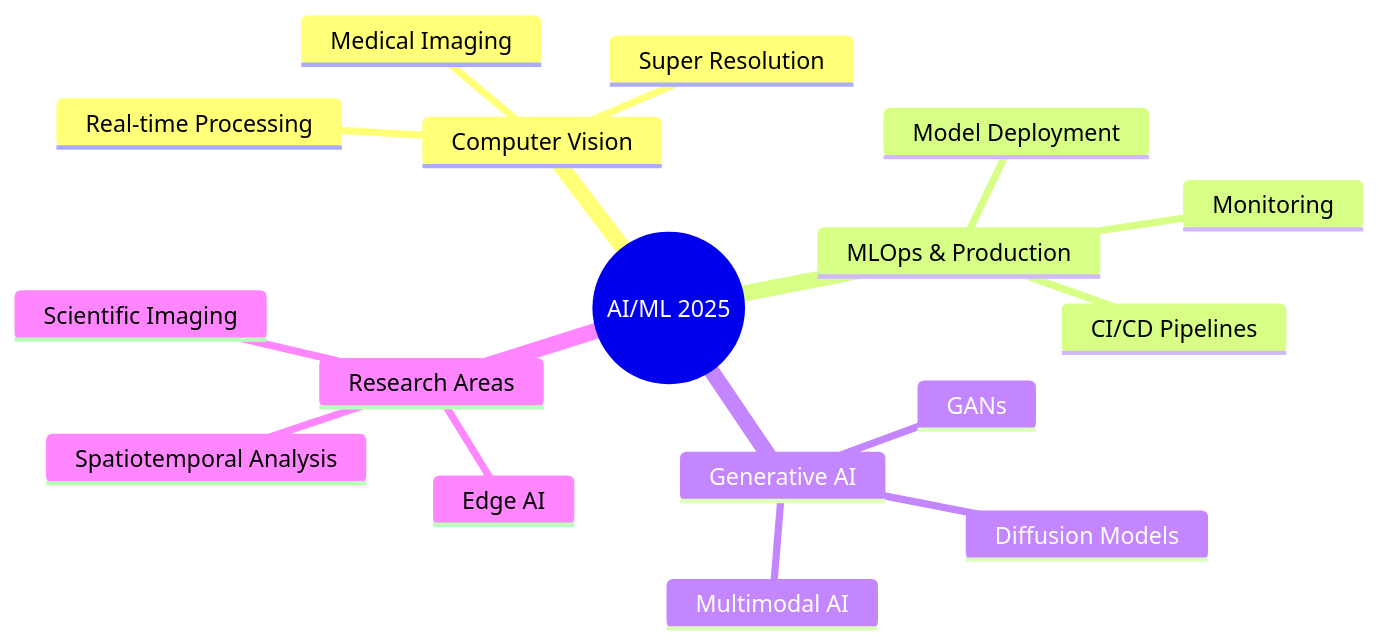
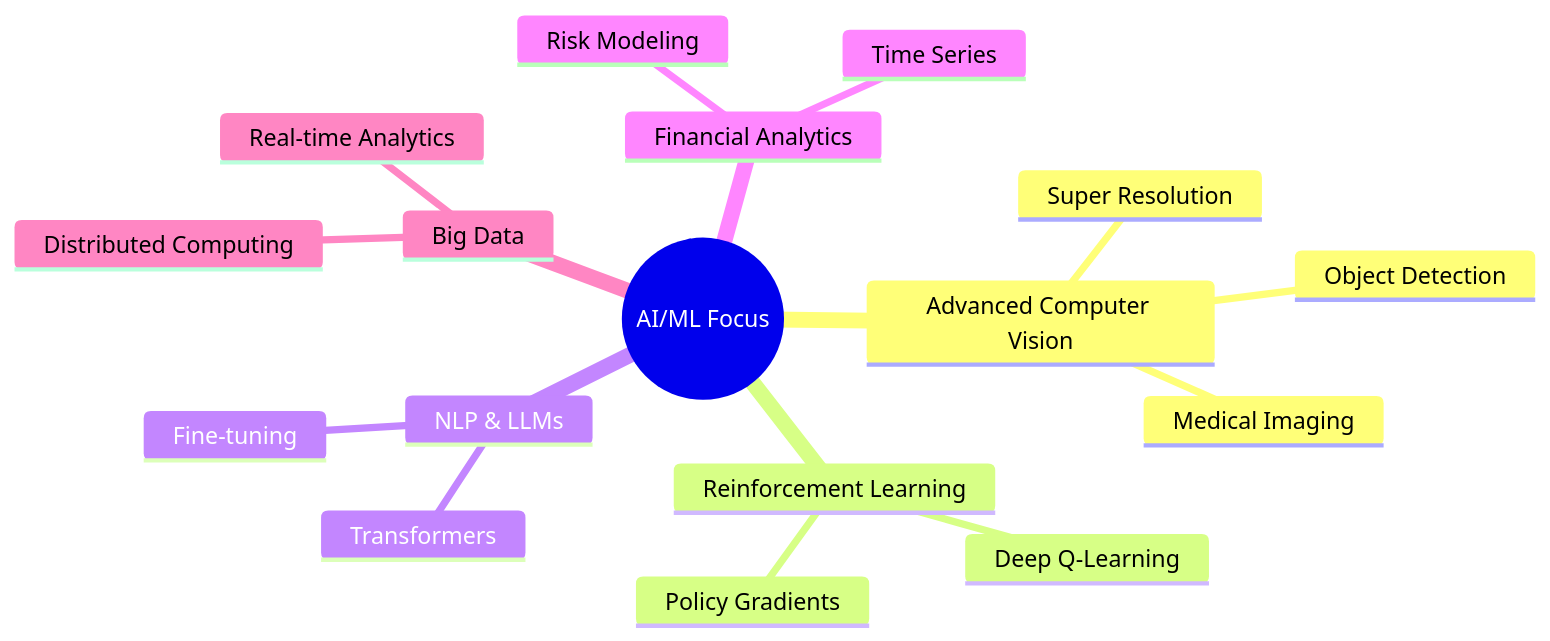
One commit to randika-CJ/randika-CJ changed the diagram in README.md. Above: the diagram before and after it, drawn with Mermaid. The commit also changed other lines of this file, not shown here.

````diff
--- a/README.md
+++ b/README.md
@@ -247,20 +219,20 @@
 ```mermaid
 mindmap
-  root((AI/ML 2025))
-    Computer Vision
+  root((AI/ML Focus))
+    Advanced Computer Vision
       Super Resolution
       Medical Imaging
-      Real-time Processing
-    MLOps & Production
-      Model Deployment
-      CI/CD Pipelines  
-      Monitoring
-    Generative AI
-      Diffusion Models
-      GANs
-      Multimodal AI
-    Research Areas
-      Scientific Imaging
-      Spatiotemporal Analysis
-      Edge AI
+      Object Detection
+    Reinforcement Learning
+      Deep Q-Learning
+      Policy Gradients
+    NLP & LLMs
+      Transformers
+      Fine-tuning
+    Financial Analytics
+      Time Series
+      Risk Modeling
+    Big Data
+      Distributed Computing
+      Real-time Analytics
 ```
````
